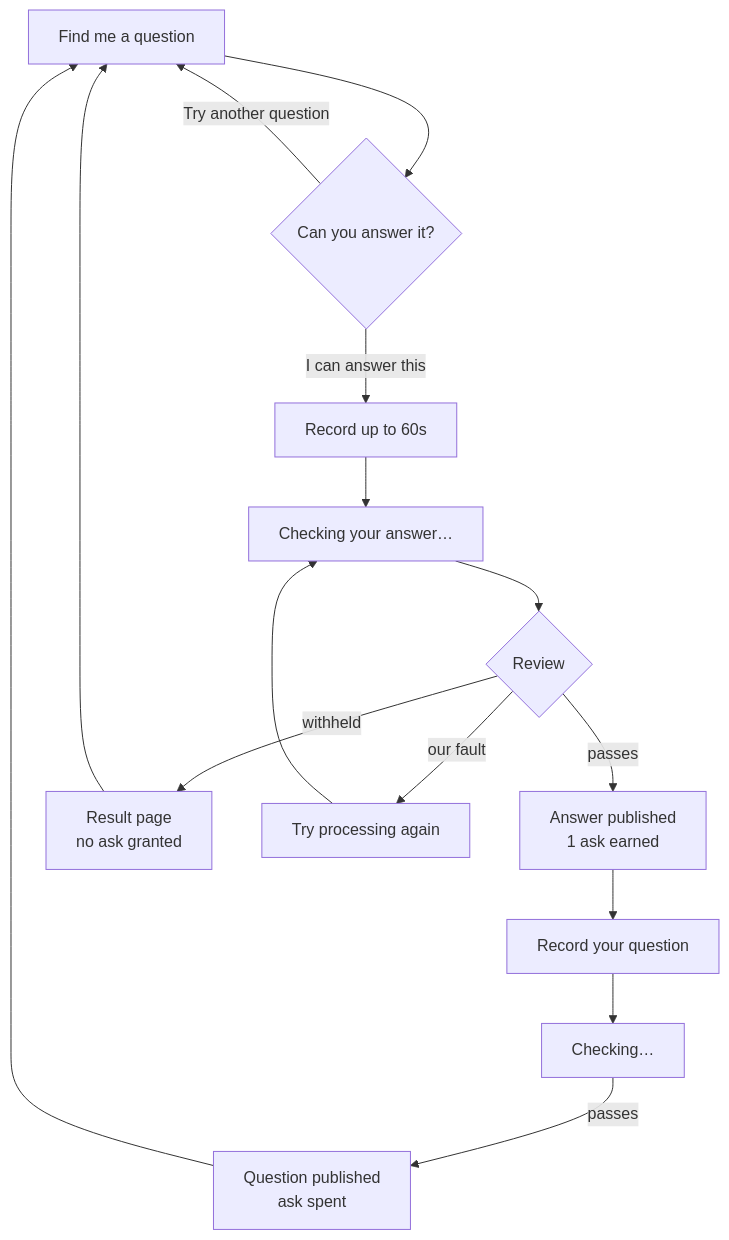
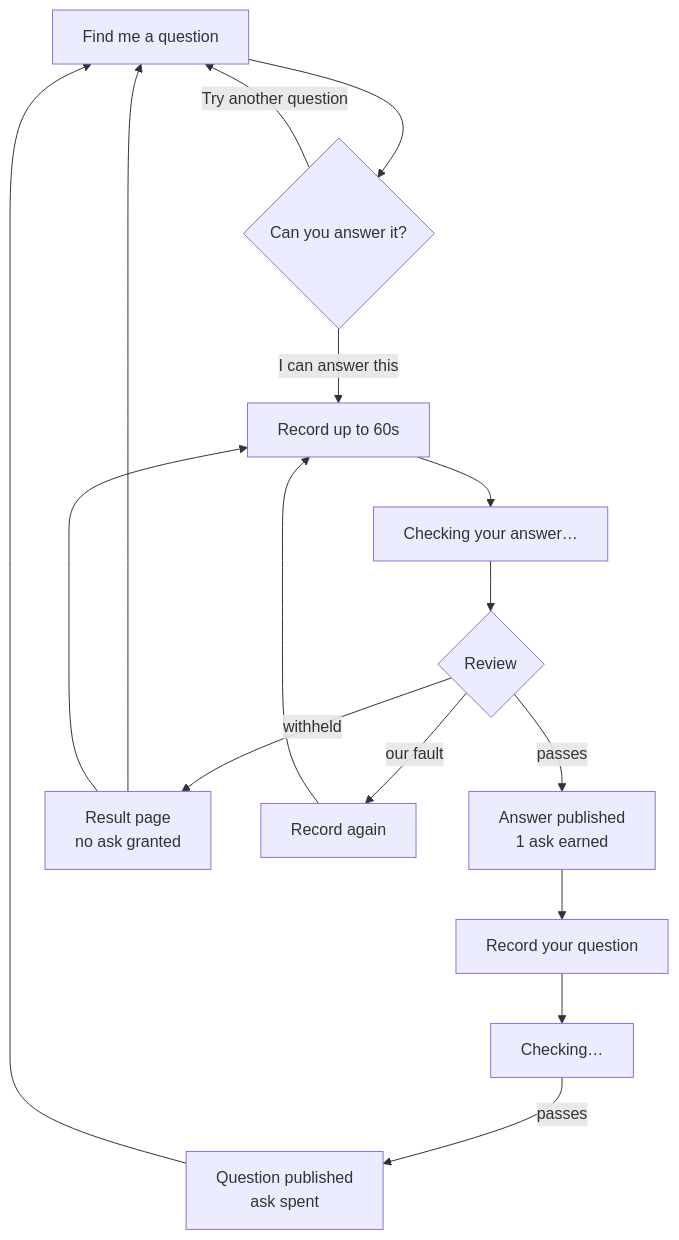
Before and after one commit to anchildress1/happen-to-have: the diagram in README.md, drawn with Mermaid. The commit also changed other lines of this file and 11 other files, not shown here.

````diff
--- a/README.md
+++ b/README.md
@@ -39,21 +39,22 @@
 ```mermaid
 %%{init: {'theme':'default'}}%%
 flowchart TD
     accTitle: The answer one, ask one reciprocity loop
-    accDescr: A participant is shown a question and may skip freely. Recording an answer sends it to automated review. Only a passing review grants one ask. Withheld and failed outcomes grant nothing and return the participant to the start. Spending the ask publishes a question and returns them to needing an answer.
+    accDescr: A participant is shown a question and may skip freely. Recording an answer sends it to automated review. Only a passing review grants one ask. Withheld and failed outcomes grant nothing and allow a fresh recording. Spending the ask publishes a question and returns them to needing an answer.
 
     A["Find me a question"] --> B{"Can you answer it?"}
     B -- "Try another question" --> A
     B -- "I can answer this" --> C["Record up to 60s"]
     C --> D["Checking your answer…"]
     D --> E{"Review"}
     E -- "passes" --> F["Answer published<br/>1 ask earned"]
     E -- "withheld" --> G["Result page<br/>no ask granted"]
-    E -- "our fault" --> H["Try processing again"]
+    E -- "our fault" --> H["Record again"]
     G --> A
-    H --> D
+    H --> C
+    G --> C
     F --> I["Record your question"]
     I --> J["Checking…"]
     J -- "passes" --> K["Question published<br/>ask spent"]
     K --> A
 ```
````
